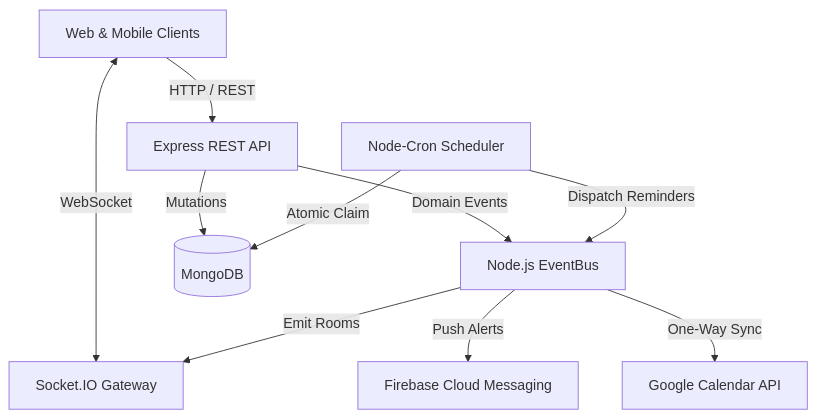
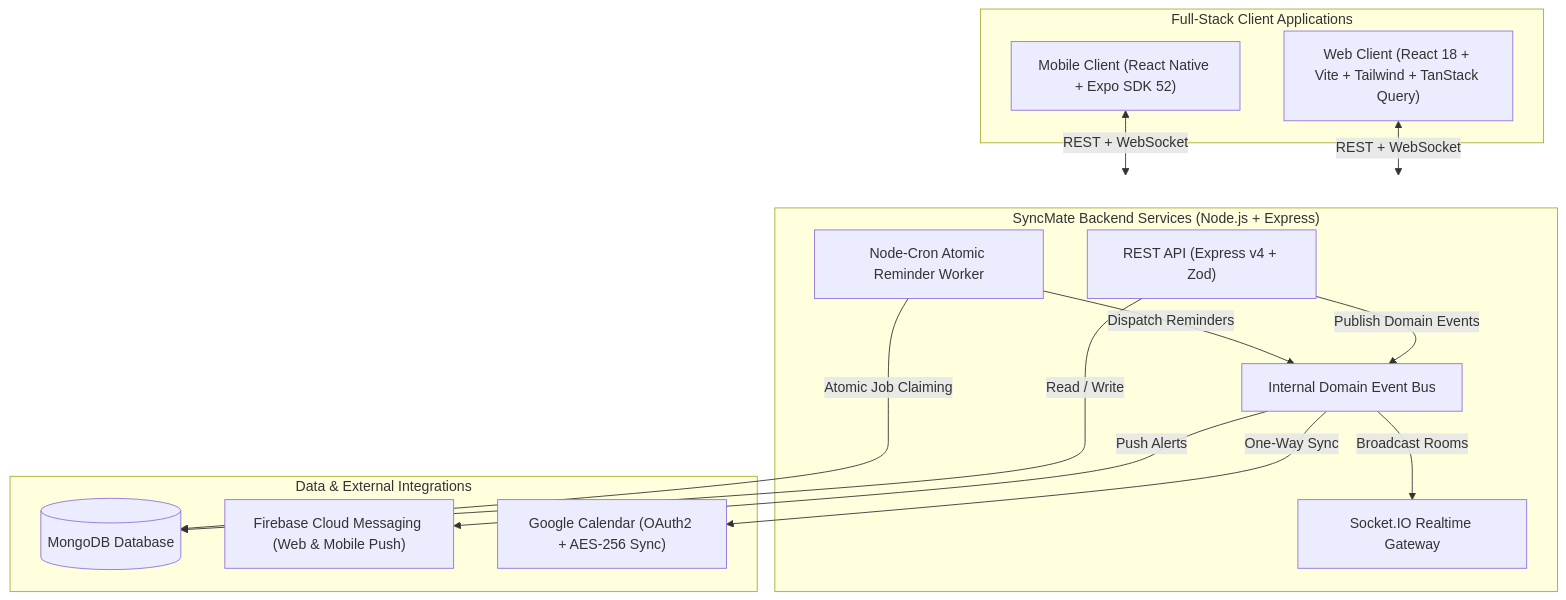
Before and after one commit to prakharahuja12/syncmate: the diagram in README.md, drawn with Mermaid. The commit also changed other lines of this file and 60 other files, not shown here.

````diff
--- a/README.md
+++ b/README.md
@@ -9,21 +13,30 @@
 ```mermaid
 flowchart TD
-    Client[Web & Mobile Clients]
-    API[Express REST API]
-    Socket[Socket.IO Gateway]
-    Bus[Node.js EventBus]
-    Mongo[(MongoDB)]
-    Cron[Node-Cron Scheduler]
-    FCM[Firebase Cloud Messaging]
-    Google[Google Calendar API]
+    subgraph Clients["Full-Stack Client Applications"]
+        Web["Web Client (React 18 + Vite + Tailwind + TanStack Query)"]
+        Mobile["Mobile Client (React Native + Expo SDK 52)"]
+    end
 
-    Client -->|HTTP / REST| API
-    Client <-->|WebSocket| Socket
-    API -->|Mutations| Mongo
-    API -->|Domain Events| Bus
-    Bus -->|Emit Rooms| Socket
-    Bus -->|Push Alerts| FCM
-    Bus -->|One-Way Sync| Google
-    Cron -->|Atomic Claim| Mongo
-    Cron -->|Dispatch Reminders| Bus
+    subgraph Backend["SyncMate Backend Services (Node.js + Express)"]
+        API["REST API (Express v4 + Zod)"]
+        SocketGateway["Socket.IO Realtime Gateway"]
+        EventBus["Internal Domain Event Bus"]
+        Scheduler["Node-Cron Atomic Reminder Worker"]
+    end
+
+    subgraph Storage["Data & External Integrations"]
+        Mongo[("MongoDB Database")]
+        FCM["Firebase Cloud Messaging (Web & Mobile Push)"]
+        GoogleCal["Google Calendar (OAuth2 + AES-256 Sync)"]
+    end
+
+    Web <-->|REST + WebSocket| Backend
+    Mobile <-->|REST + WebSocket| Backend
+    API -->|Read / Write| Mongo
+    API -->|Publish Domain Events| EventBus
+    EventBus -->|Broadcast Rooms| SocketGateway
+    EventBus -->|Push Alerts| FCM
+    EventBus -->|One-Way Sync| GoogleCal
+    Scheduler -->|Atomic Job Claiming| Mongo
+    Scheduler -->|Dispatch Reminders| EventBus
 ```
````
